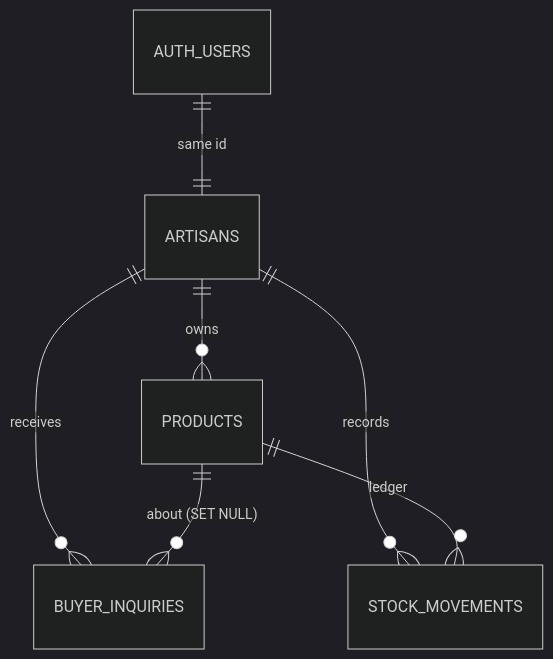
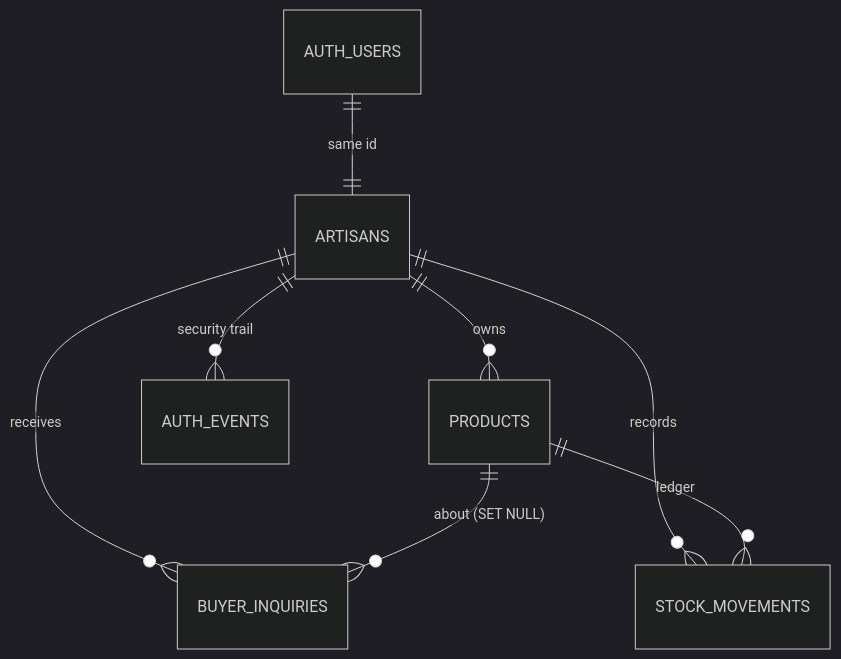
The second of 3 diagrams in README.md (Vishwajit0607/kalaSetu_Ai-), drawn with Mermaid (dark theme) before and after one commit. The commit also changed other lines of this file, not shown here.

First line of the commit message:
docs(account): document the account security module

````diff
--- a/README.md
+++ b/README.md
@@ -257,9 +257,10 @@
 ```mermaid
 erDiagram
   AUTH_USERS ||--|| ARTISANS : "same id"
   ARTISANS ||--o{ PRODUCTS : owns
   ARTISANS ||--o{ BUYER_INQUIRIES : receives
   ARTISANS ||--o{ STOCK_MOVEMENTS : records
+  ARTISANS ||--o{ AUTH_EVENTS : "security trail"
   PRODUCTS ||--o{ BUYER_INQUIRIES : "about (SET NULL)"
   PRODUCTS ||--o{ STOCK_MOVEMENTS : ledger
 ```
````
